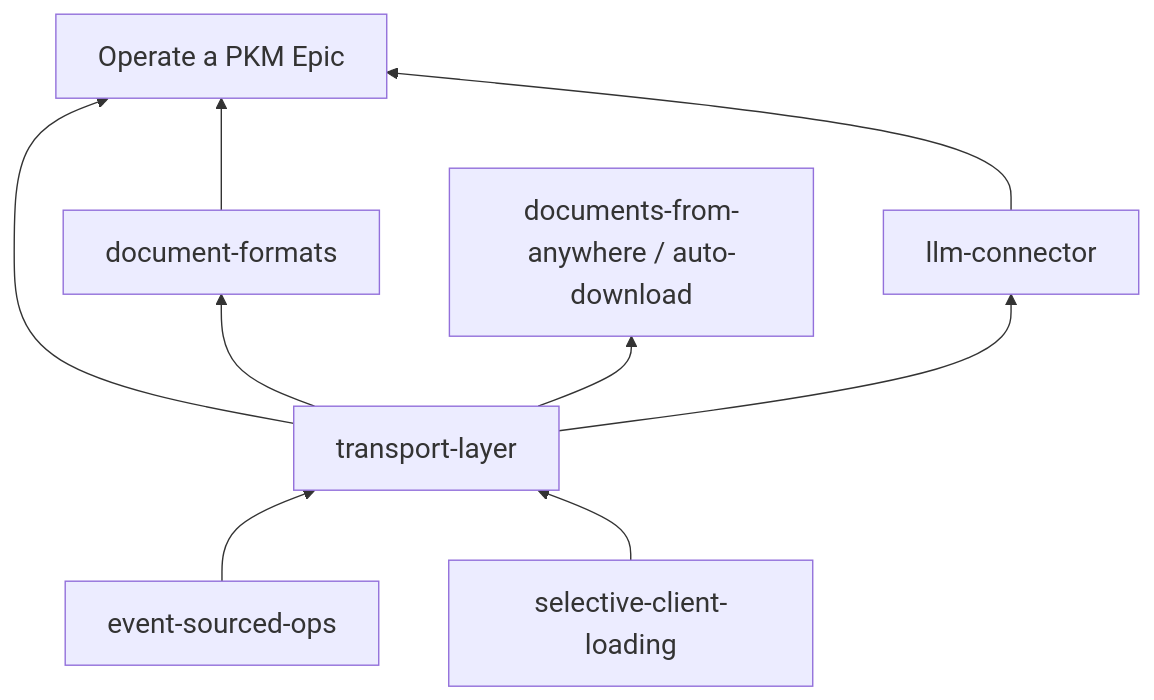
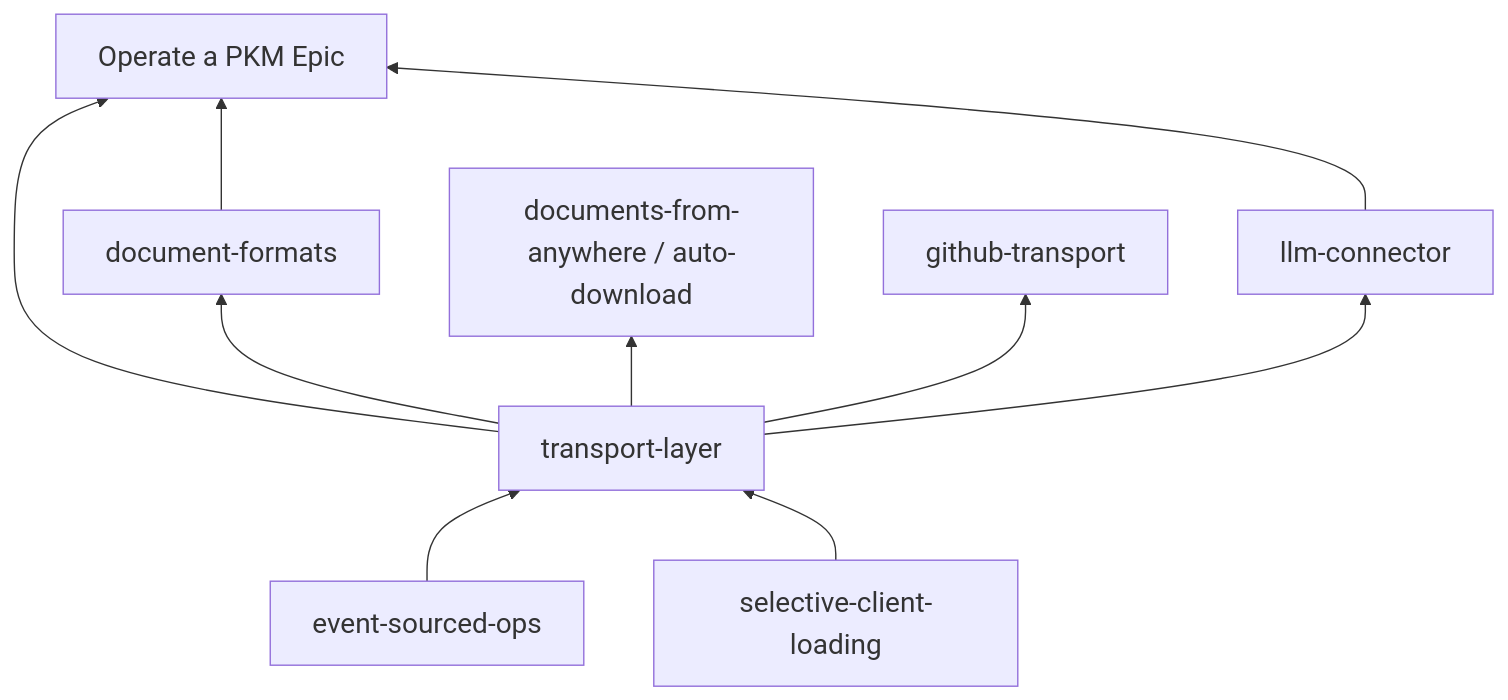
The diagram in plan/transport-layer/map.md (abaljeu/ambit), drawn with Mermaid before and after one commit. The commit also changed other lines of this file and 8 other files, not shown here.

First line of the commit message:
Chart github-transport plan project and cross-links

````diff
--- a/plan/transport-layer/map.md
+++ b/plan/transport-layer/map.md
@@ -24,20 +25,22 @@
 ```mermaid
 %%{init: {'themeVariables': {'fontSize': '20px'}}}%%
 flowchart BT
   ESO[event-sourced-ops]
   TL[transport-layer]
   DF[document-formats]
   LLM[llm-connector]
   SCL[selective-client-loading]
   DISK[documents-from-anywhere / auto-download]
+  GH[github-transport]
   PKM[Operate a PKM Epic]
 
   ESO --> TL
   TL --> DF
   TL --> LLM
   TL --> DISK
+  TL --> GH
   SCL --> TL
   TL --> PKM
   DF --> PKM
   LLM --> PKM
 ```
````
